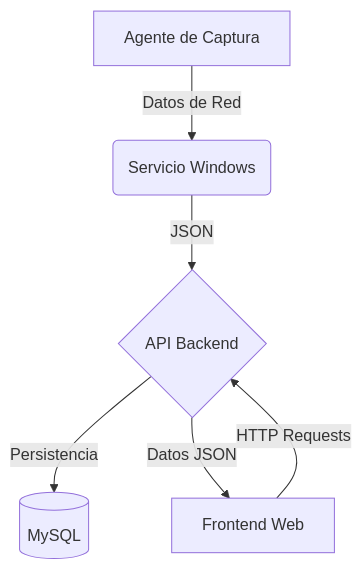
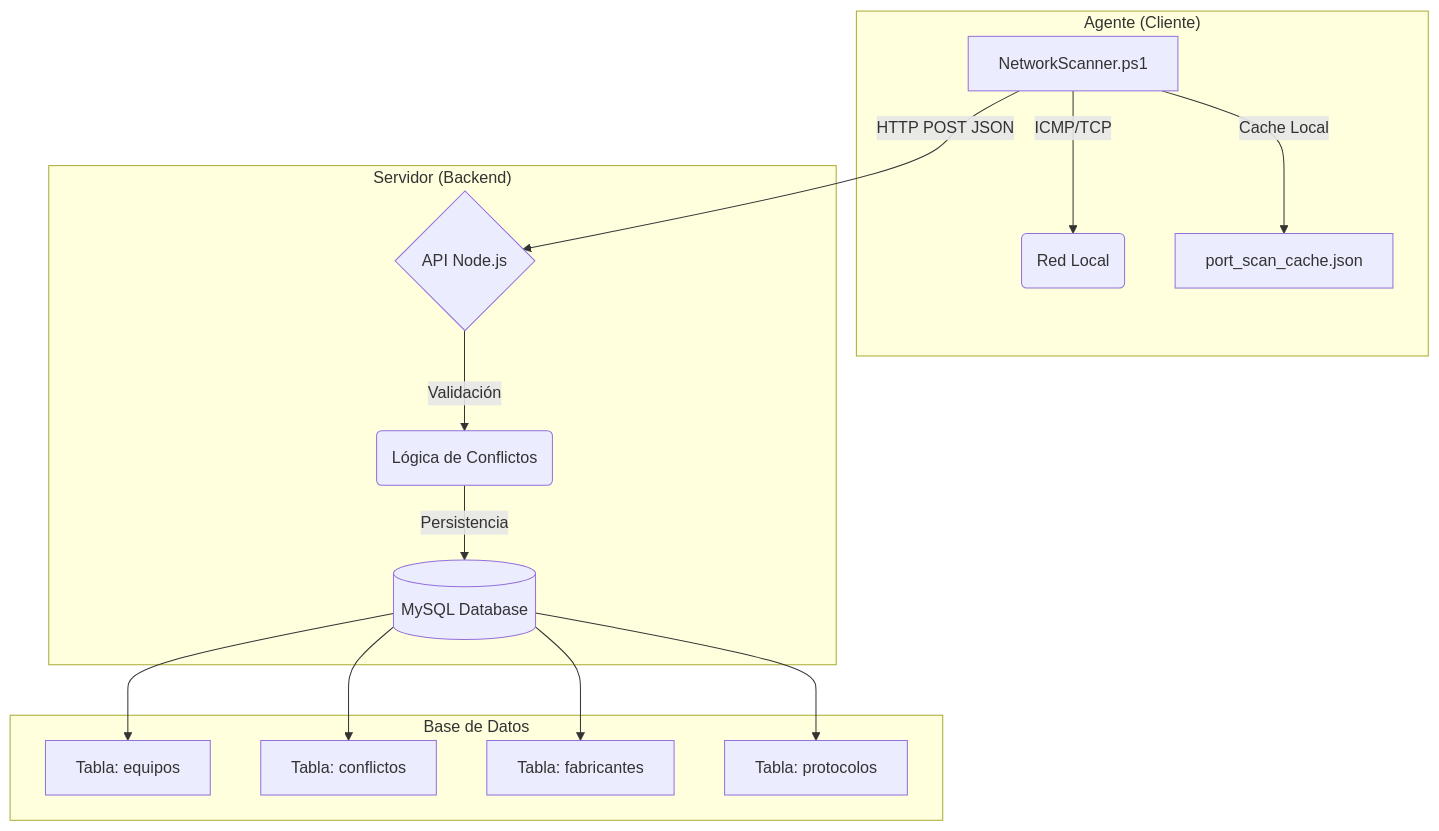
One commit to HectorPOsuna/escaner-red changed the diagram in README.md. Above: the diagram before and after it, drawn with Mermaid. The commit also changed other lines of this file, not shown here.

Commit message:
docs: Actualizar README con nuevo título del proyecto, características detalladas del agente PowerShell, detección de conflictos IP/MAC y guía de instalación completa.

````diff
--- a/README.md
+++ b/README.md
@@ -27,8 +17,20 @@
 ```mermaid
 graph TD
-    A[Agente de Captura] -->|Datos de Red| B(Servicio Windows)
-    B -->|JSON| C{API Backend}
-    C -->|Persistencia| D[(MySQL)]
-    E[Frontend Web] -->|HTTP Requests| C
-    C -->|Datos JSON| E
+    subgraph "Agente (Cliente)"
+        A[NetworkScanner.ps1] -->|ICMP/TCP| B(Red Local)
+        A -->|Cache Local| C[port_scan_cache.json]
+    end
+
+    subgraph "Servidor (Backend)"
+        A -->|HTTP POST JSON| D{API Node.js}
+        D -->|Validación| E(Lógica de Conflictos)
+        E -->|Persistencia| F[(MySQL Database)]
+    end
+
+    subgraph "Base de Datos"
+        F --> G[Tabla: equipos]
+        F --> H[Tabla: conflictos]
+        F --> I[Tabla: fabricantes]
+        F --> J[Tabla: protocolos]
+    end
 ```
````
